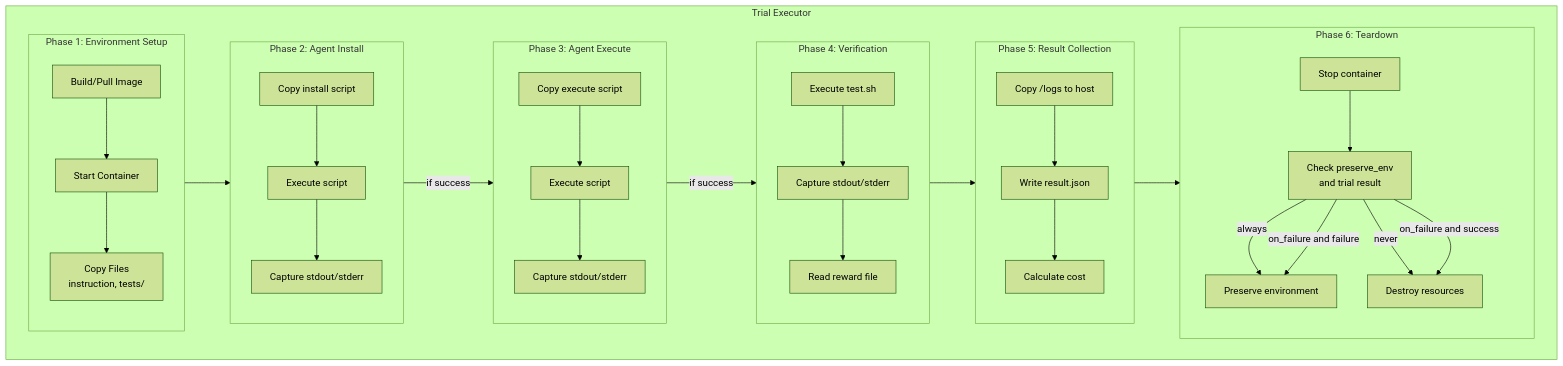
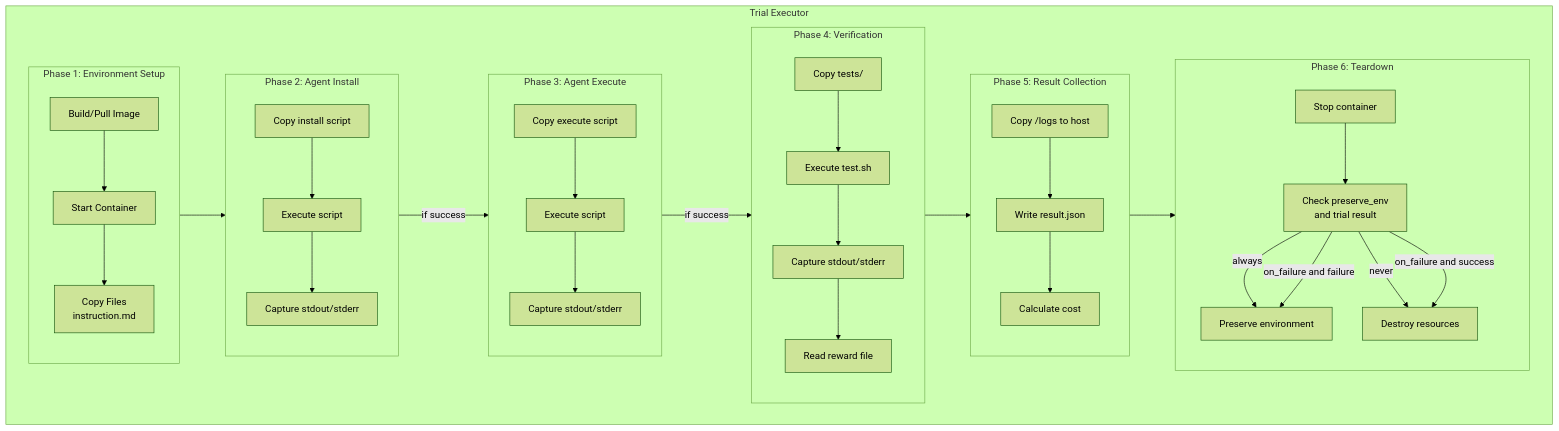
The fourth of 6 diagrams in ARCHITECTURE.md (spachava753/rollout), drawn with Mermaid (forest theme) before and after one commit. The commit also changed other lines of this file and 5 other files, not shown here.

````diff
--- a/ARCHITECTURE.md
+++ b/ARCHITECTURE.md
@@ -571,43 +573,44 @@
 ```mermaid
 flowchart TB
     subgraph TrialExecutor["Trial Executor"]
         subgraph Phase1["Phase 1: Environment Setup"]
             BuildPull["Build/Pull Image"] --> StartContainer["Start Container"]
-            StartContainer --> CopyFiles["Copy Files<br/>instruction, tests/"]
+            StartContainer --> CopyFiles["Copy Files<br/>instruction.md"]
         end
 
         subgraph Phase2["Phase 2: Agent Install"]
             CopyInstall["Copy install script"] --> ExecInstall["Execute script"]
             ExecInstall --> CaptureInstall["Capture stdout/stderr"]
         end
 
         subgraph Phase3["Phase 3: Agent Execute"]
             CopyExec["Copy execute script"] --> ExecAgent["Execute script"]
             ExecAgent --> CaptureExec["Capture stdout/stderr"]
         end
 
         subgraph Phase4["Phase 4: Verification"]
-            ExecTest["Execute test.sh"] --> CaptureTest["Capture stdout/stderr"]
+            CopyTests["Copy tests/"] --> ExecTest["Execute test.sh"]
+            ExecTest --> CaptureTest["Capture stdout/stderr"]
             CaptureTest --> ReadReward["Read reward file"]
         end
 
         subgraph Phase5["Phase 5: Result Collection"]
             CopyLogs["Copy /logs to host"] --> WriteResult["Write result.json"]
             WriteResult --> CalcCost["Calculate cost"]
         end
 
         subgraph Phase6["Phase 6: Teardown"]
             StopContainer["Stop container"] --> CheckPolicy["Check preserve_env<br/>and trial result"]
             CheckPolicy -->|always| Preserve["Preserve environment"]
             CheckPolicy -->|never| Cleanup["Destroy resources"]
             CheckPolicy -->|on_failure and success| Cleanup
             CheckPolicy -->|on_failure and failure| Preserve
         end
 
         Phase1 --> Phase2
         Phase2 -->|if success| Phase3
         Phase3 -->|if success| Phase4
         Phase4 --> Phase5
         Phase5 --> Phase6
     end
 ```
````
